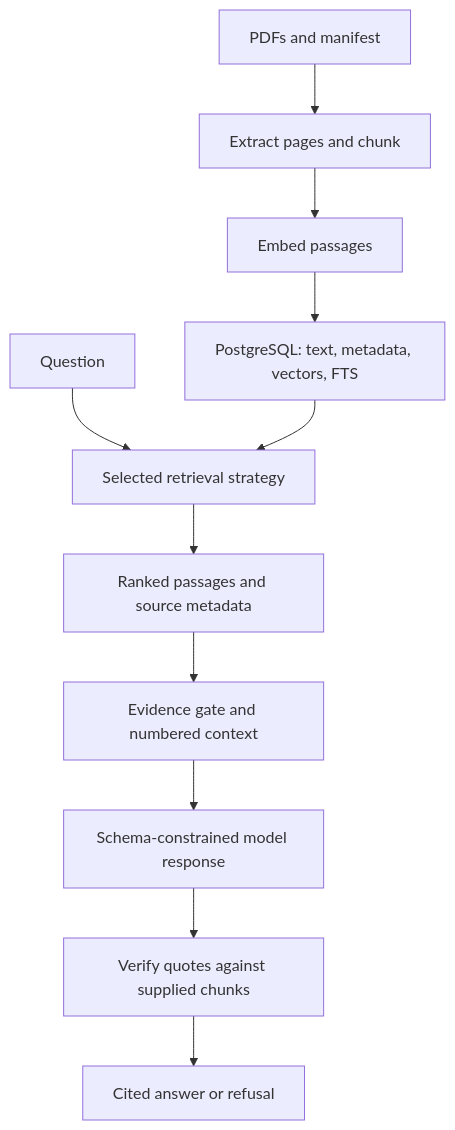
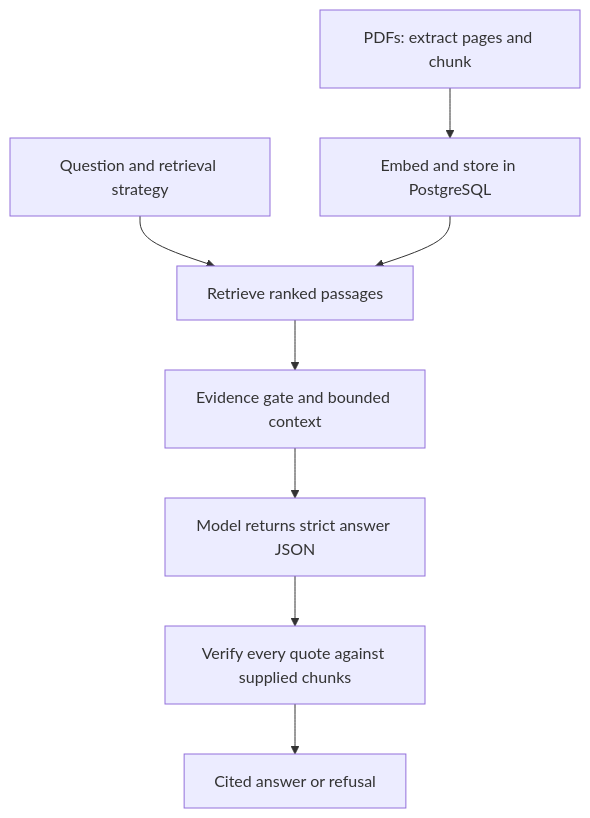
Before and after one commit to garvj65/cite-rag: the diagram in README.md, drawn with Mermaid. The commit also changed other lines of this file and 26 other files, not shown here.

````diff
--- a/README.md
+++ b/README.md
@@ -293,13 +69,10 @@
 ```mermaid
 flowchart TD
-    P["PDFs and manifest"] --> I["Extract pages and chunk"]
-    I --> E["Embed passages"]
-    E --> D["PostgreSQL: text, metadata, vectors, FTS"]
-    Q["Question"] --> S["Selected retrieval strategy"]
-    D --> S
-    S --> R["Ranked passages and source metadata"]
-    R --> G["Evidence gate and numbered context"]
-    G --> L["Schema-constrained model response"]
-    L --> V["Verify quotes against supplied chunks"]
+    P["PDFs: extract pages and chunk"] --> E["Embed and store in PostgreSQL"]
+    Q["Question and retrieval strategy"] --> R["Retrieve ranked passages"]
+    E --> R
+    R --> G["Evidence gate and bounded context"]
+    G --> L["Model returns strict answer JSON"]
+    L --> V["Verify every quote against supplied chunks"]
     V --> A["Cited answer or refusal"]
 ```
````
